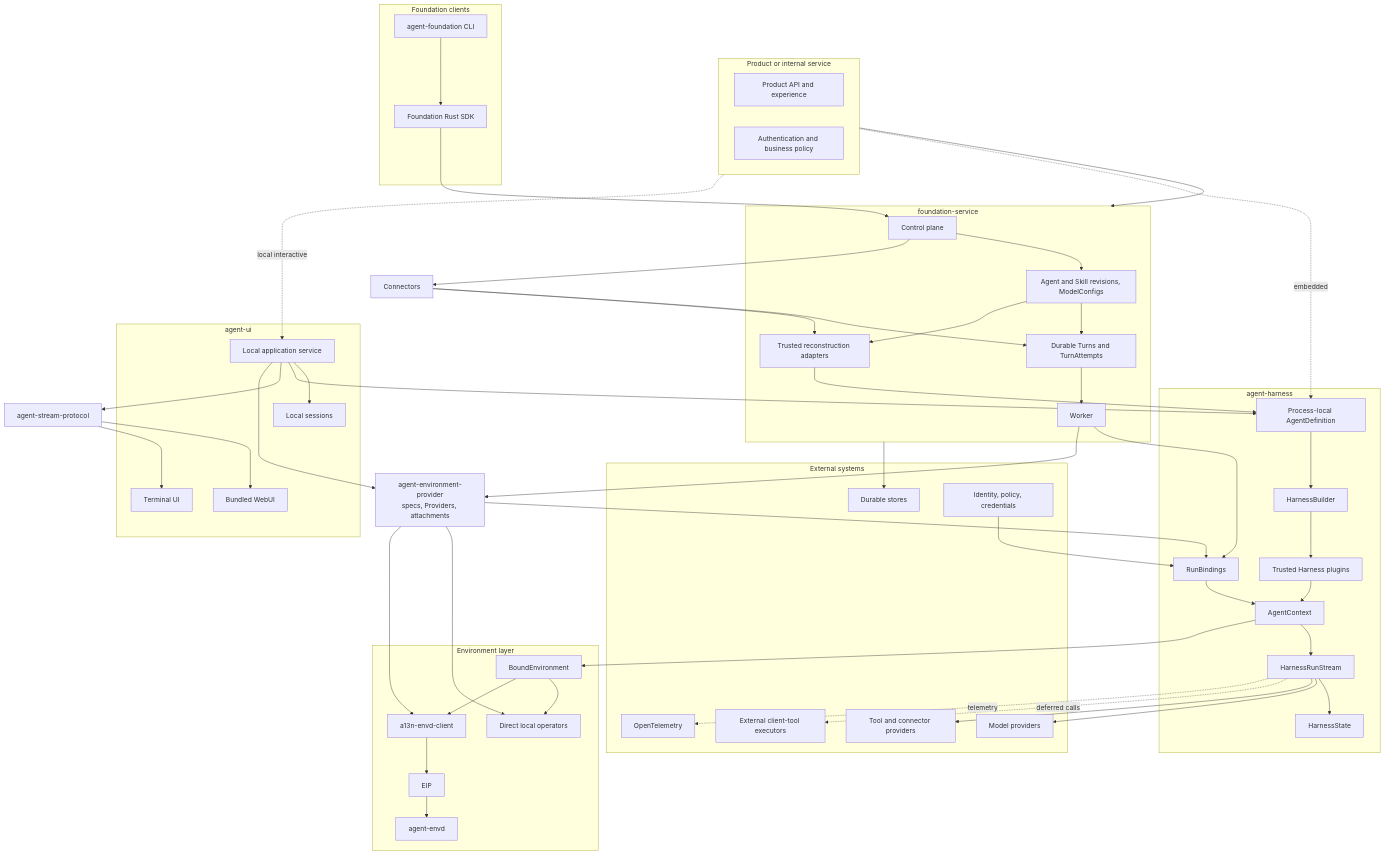
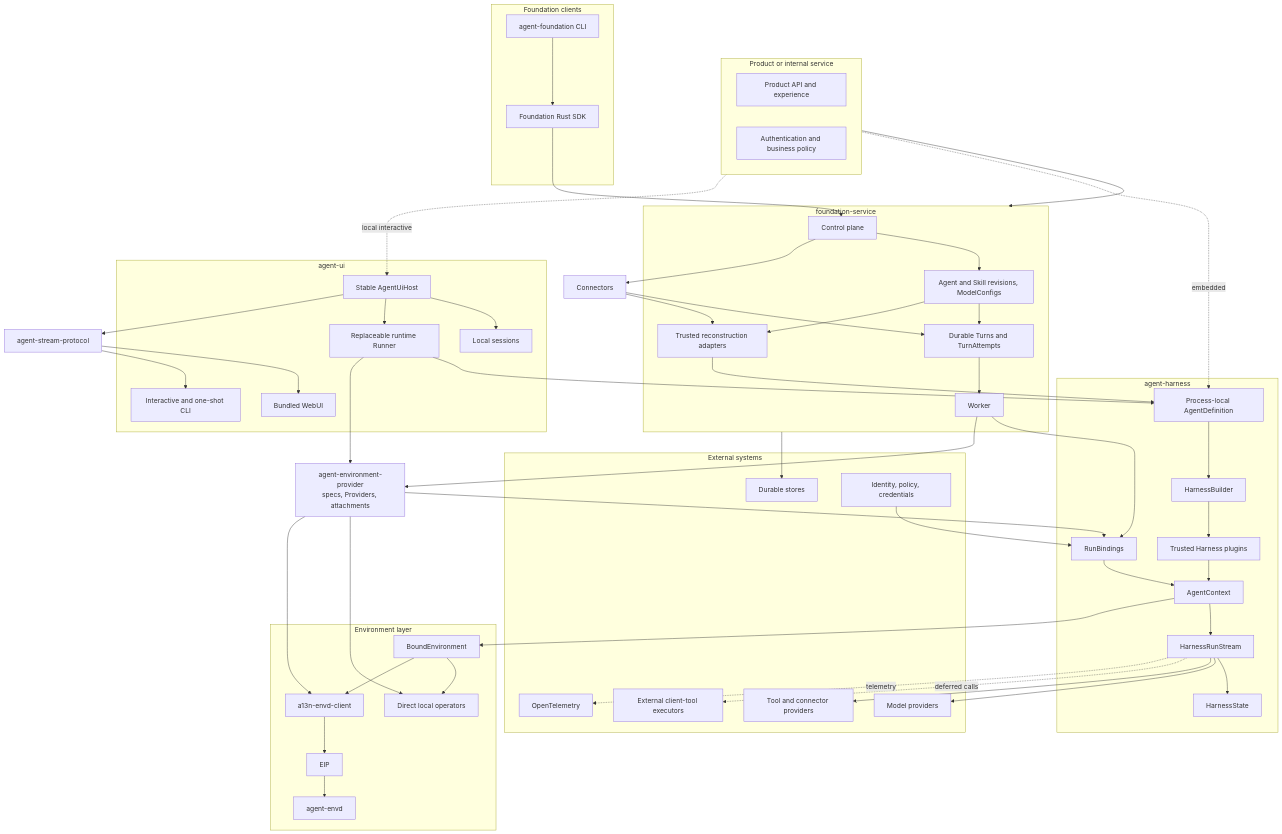
One commit to LTThreeComma/agent-foundation changed the first of 4 diagrams in spec/README.md. Above: the diagram before and after it, drawn with Mermaid. The commit also changed other lines of this file and 67 other files, not shown here.

Commit message:
feat(agent-ui): add runtime generation supervision (#45)

```diff
--- a/spec/README.md
+++ b/spec/README.md
@@ -36,10 +36,11 @@
     end
 
     subgraph LocalUI[agent-ui]
-        AppService[Local application service]
+        Host[Stable AgentUiHost]
         Sessions[Local sessions]
+        Runner[Replaceable runtime Runner]
         WebUI[Bundled WebUI]
-        TUI[Terminal UI]
+        LocalCLI[Interactive and one-shot CLI]
     end
 
     subgraph FoundationClients[Foundation clients]
@@ -80,10 +81,10 @@
     Product --> Service
     FoundationCLI --> RustSDK --> Control
     Product -. embedded .-> Definition
-    Product -. local interactive .-> AppService
-    AppService --> Sessions
-    AppService --> Definition
-    AppService --> StreamProtocol --> WebUI & TUI
+    Product -. local interactive .-> Host
+    Host --> Sessions
+    Host --> Runner --> Definition
+    Host --> StreamProtocol --> WebUI & LocalCLI
     Control --> Definitions & Connectors
     Definitions & Connectors --> Lifecycle --> Worker
     Definitions & Connectors --> Reconstruct --> Definition
@@ -93,7 +94,7 @@
     Plugins & Bindings --> Context --> Run --> State
     Run --> Models & Tools
     Run -. deferred calls .-> Clients
-    Worker & AppService --> ProviderPackage
+    Worker & Runner --> ProviderPackage
     ProviderPackage --> Local & EIPClient
     ProviderPackage --> Bindings
     Context --> Bound
```
